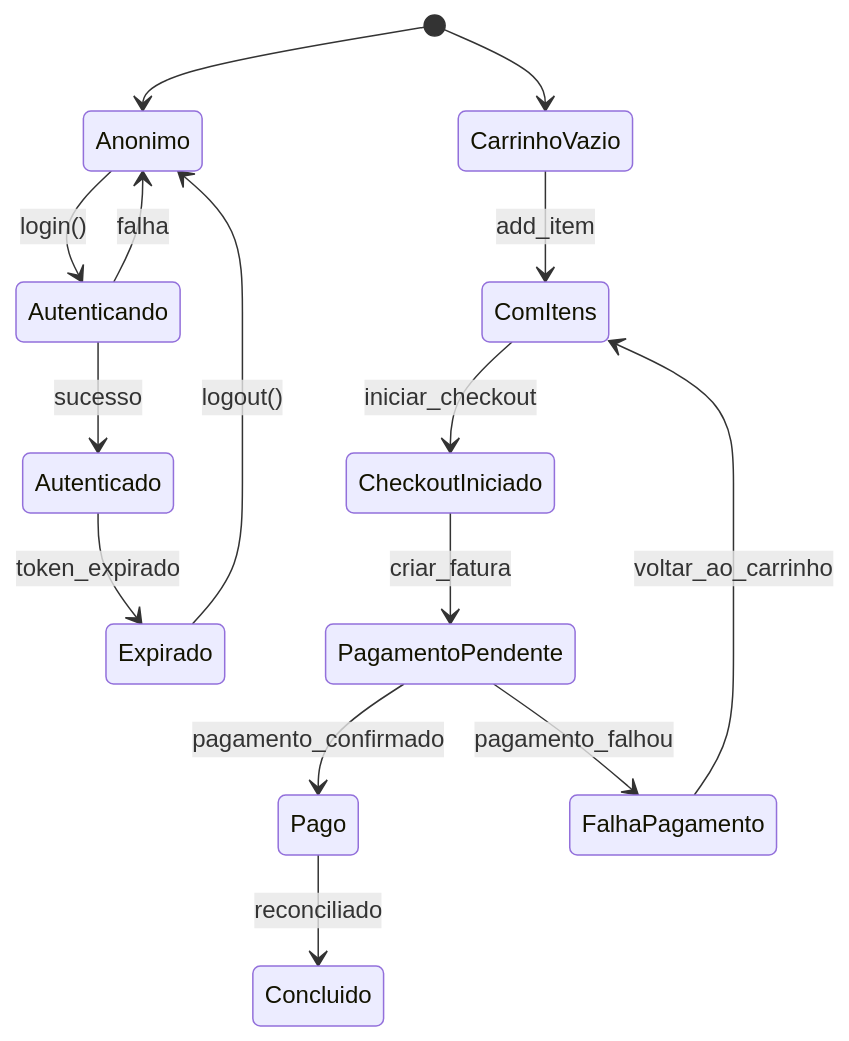
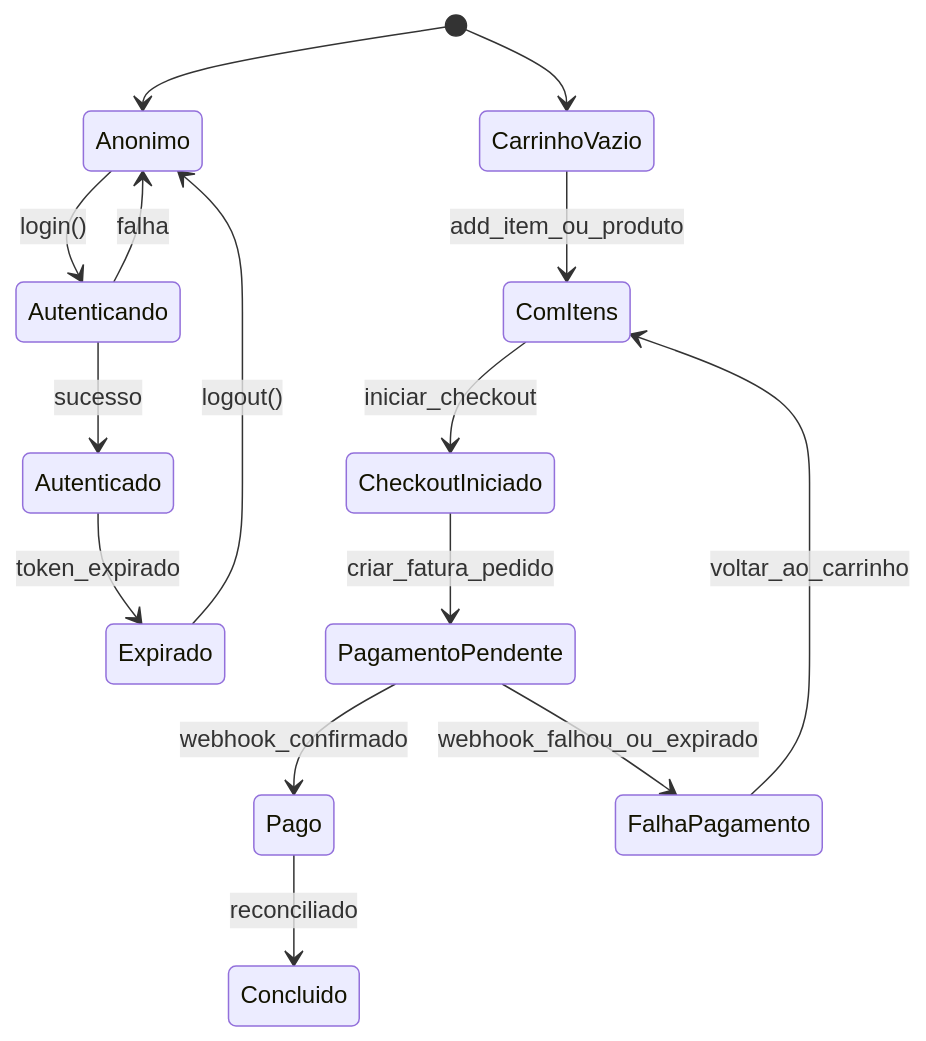
Before and after one commit to rtondev/pigbit: the diagram in diagrams/frontend/state_session_checkout_cart.mmd, drawn with Mermaid. The commit also changed 6 other files, not shown here.

```diff
--- a/diagrams/frontend/state_session_checkout_cart.mmd
+++ b/diagrams/frontend/state_session_checkout_cart.mmd
@@ -1,19 +1,25 @@
 %% Máquinas de estado: Sessão e Checkout/Carrinho (Português)
+%%
+%% Carrinho tecnicamente = pedido/fatura (Invoice): um único "item" ou produto vira
+%% uma fatura com payment_id; o status do pedido é o status da fatura (waiting → finished).
+%% Não há entidade CARRINHO separada — o fluxo é fatura + pagamento externo + webhook + WS.
+
 stateDiagram-v2
   %% Sessão do usuário
   [*] --> Anonimo
   Anonimo --> Autenticando : login()
   Autenticando --> Autenticado : sucesso
   Autenticando --> Anonimo : falha
   Autenticado --> Expirado : token_expirado
   Expirado --> Anonimo : logout()
 
-  %% Checkout / Carrinho
+  %% Checkout / Carrinho (pedido = invoice)
   [*] --> CarrinhoVazio
-  CarrinhoVazio --> ComItens : add_item
+  CarrinhoVazio --> ComItens : add_item_ou_produto
   ComItens --> CheckoutIniciado : iniciar_checkout
-  CheckoutIniciado --> PagamentoPendente : criar_fatura
-  PagamentoPendente --> Pago : pagamento_confirmado
-  PagamentoPendente --> FalhaPagamento : pagamento_falhou
+  CheckoutIniciado --> PagamentoPendente : criar_fatura_pedido
+  %% PagamentoPendente: estado em FATURA.status + WS subscribeCheckout(payment_id)
+  PagamentoPendente --> Pago : webhook_confirmado
+  PagamentoPendente --> FalhaPagamento : webhook_falhou_ou_expirado
   Pago --> Concluido : reconciliado
   FalhaPagamento --> ComItens : voltar_ao_carrinho
```
